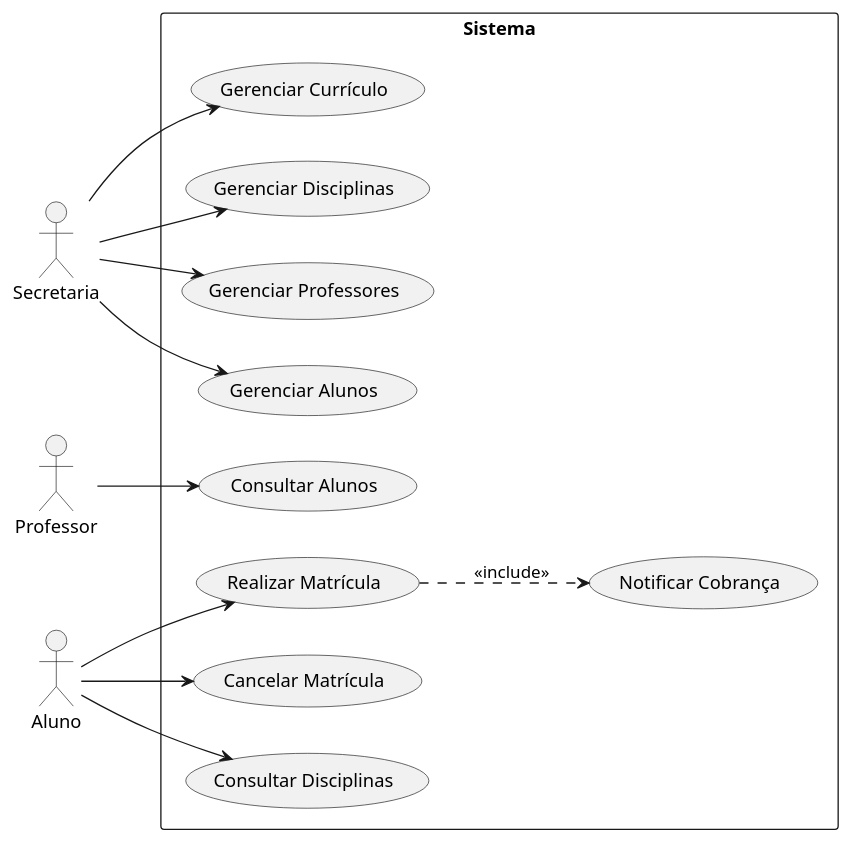
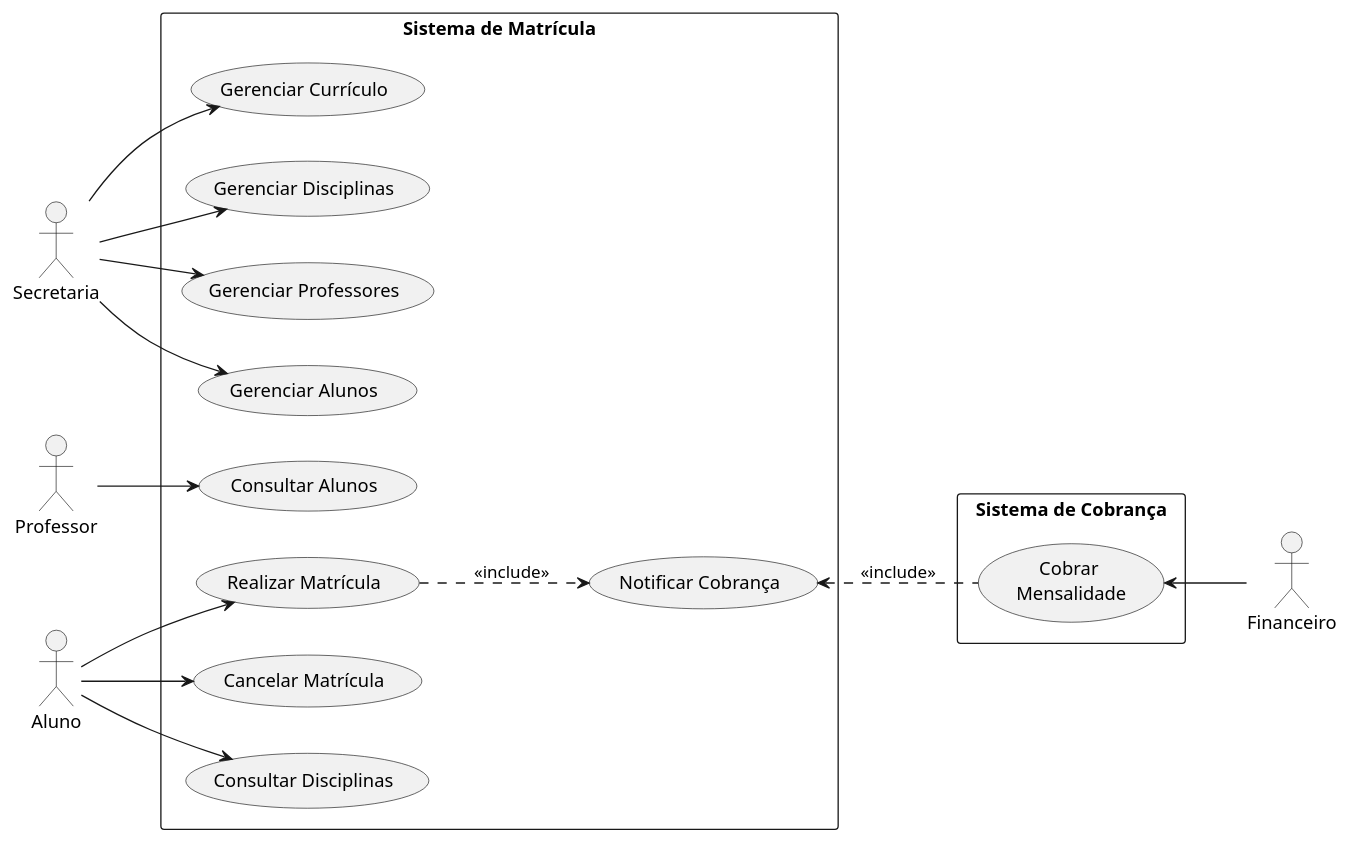
The diagram in implementacao/usercaseBp.puml (JoaoRajao/Matricula-LPS), drawn with PlantUML before and after one commit.

Commit message:
ADD Sistema Cobrança
Adição do sistema de cobrança e a criação de um ator que o utiliza.

```diff
--- a/implementacao/usercaseBp.puml
+++ b/implementacao/usercaseBp.puml
@@ -1,30 +1,36 @@
 @startuml
 left to right direction
 
 actor "Secretaria" as secretaria
 actor "Professor" as professor
 actor "Aluno" as aluno
+actor "Financeiro" as financeiro
 
-rectangle Sistema {
+rectangle "Sistema de Matrícula" {
     usecase "Realizar Matrícula" as UC1
     usecase "Cancelar Matrícula" as UC2
     usecase "Consultar Disciplinas" as UC3
     usecase "Consultar Alunos" as UC4
     usecase "Gerenciar Currículo" as UC5
     usecase "Gerenciar Disciplinas" as UC6
     usecase "Gerenciar Professores" as UC7
     usecase "Gerenciar Alunos" as UC8
     usecase "Notificar Cobrança" as UC9
 }
 
+rectangle "Sistema de Cobrança"{
+    usecase "Cobrar \nMensalidade" as UC10
+}
+
 aluno --> UC1
 aluno --> UC2
 aluno --> UC3
 UC1 ..> UC9 :<<include>>
 professor --> UC4
 secretaria --> UC5
 secretaria --> UC6
 secretaria --> UC7
 secretaria --> UC8
-
+UC10 .up.> UC9 :<<include>>
+financeiro -up-> UC10
 @enduml
```
